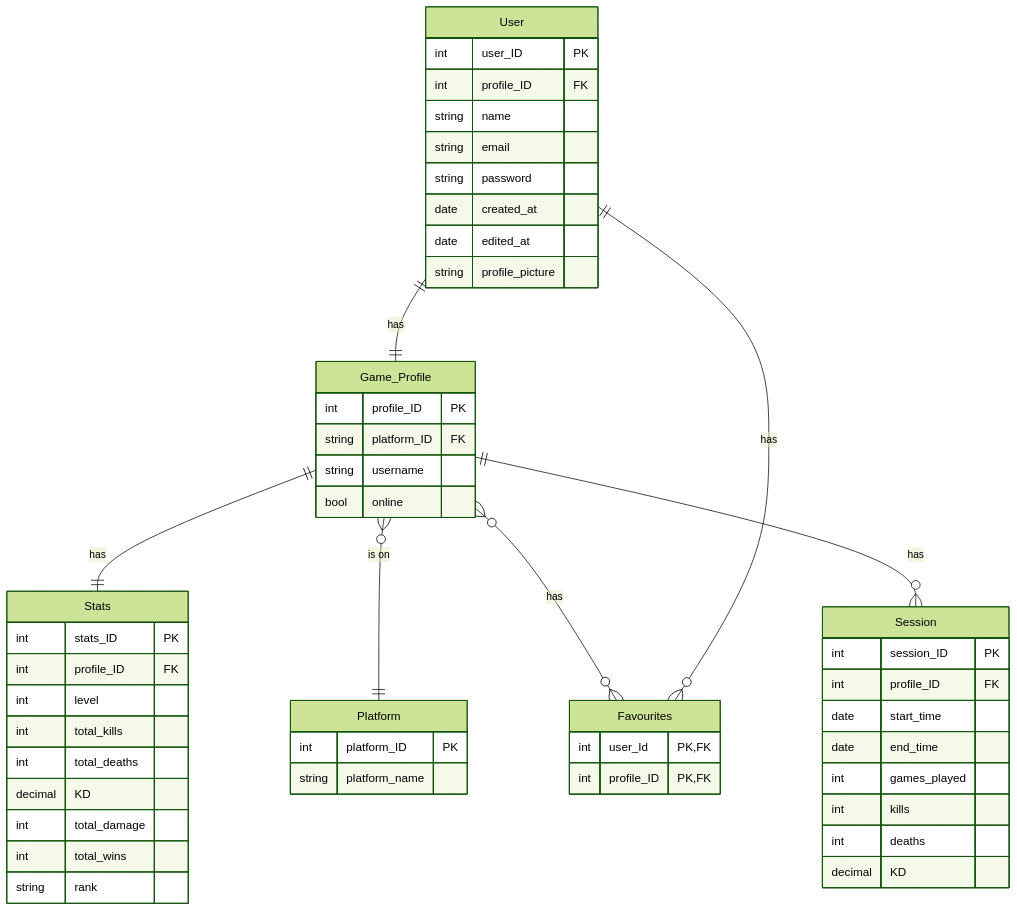
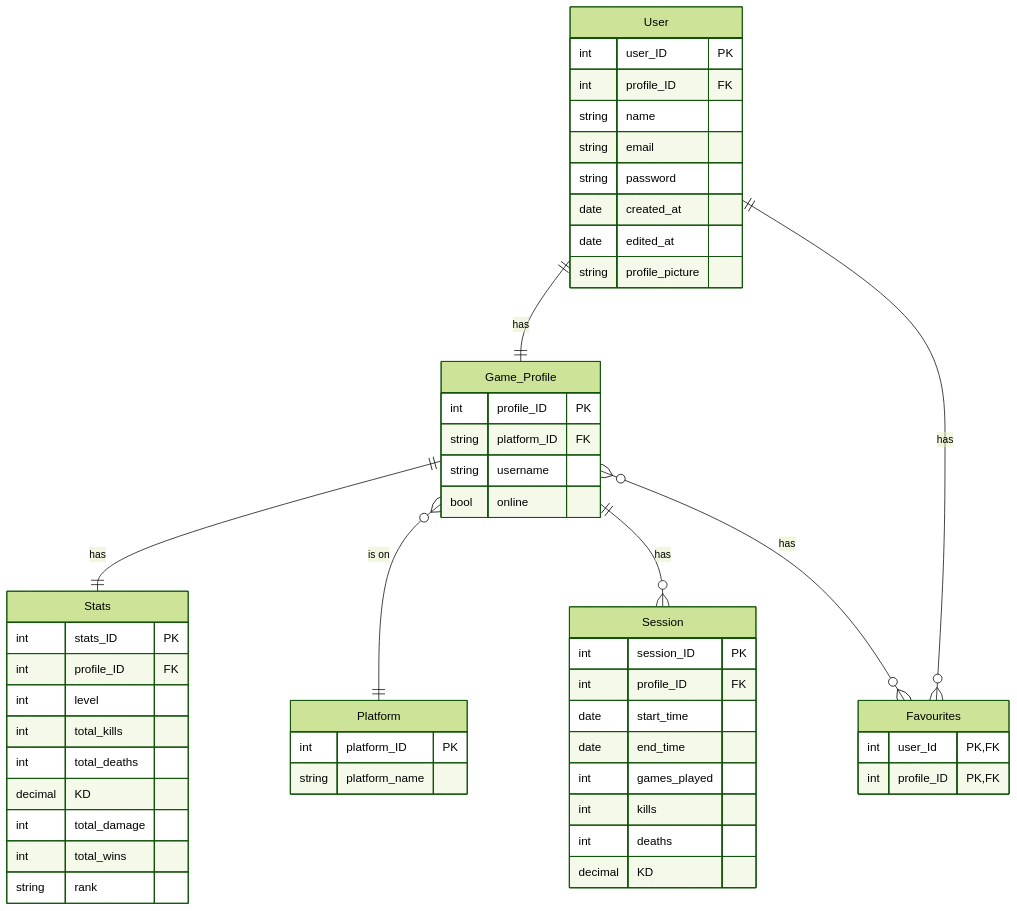
The diagram in README.md (ryanwiwcharyk/project-brainrot), drawn with Mermaid (forest theme) before and after one commit.

Commit message:
Chaged format of ERD

````diff
--- a/README.md
+++ b/README.md
@@ -50,56 +50,56 @@
 ```mermaid
 erDiagram
         User ||--|| Game_Profile: has
     Game_Profile ||--|| Stats: has
     Game_Profile }o--|| Platform: "is on"
+    Game_Profile ||--o{ Session: has
     Game_Profile }o--o{ Favourites: has
-    Game_Profile ||--o{ Session: has
-    User ||--o{ Favourites: has
+    Favourites }o--|| User: has
 
 
     User {
         int user_ID PK
         int profile_ID FK
         string name
         string email
         string password
         date created_at
         date edited_at
         string profile_picture
     }
     Favourites{
         int user_Id PK,FK
         int profile_ID PK,FK
     }
     Game_Profile{
         int profile_ID PK
         string platform_ID FK
         string username
         bool online
     }
     Platform{
         int platform_ID PK
         string platform_name
     }
     Stats {
         int stats_ID PK
         int profile_ID FK
         int level
         int total_kills
         int total_deaths
         decimal KD
         int total_damage
         int total_wins
         string rank
     }
     Session{
         int session_ID PK
         int profile_ID FK
         date start_time
         date end_time
         int games_played
         int kills
         int deaths
         decimal KD
     }
 ```
````
